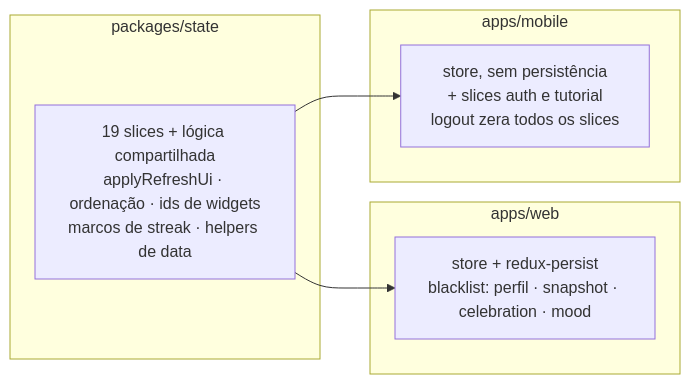
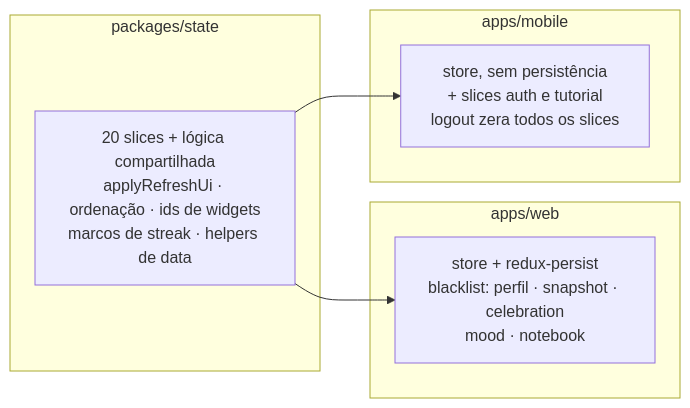
The first of 2 diagrams in architecture/redux-data/pt.md (AndDev741/Beyou-arch-design), drawn with Mermaid before and after one commit. The commit also changed other lines of this file and 39 other files, not shown here.

````diff
--- a/architecture/redux-data/pt.md
+++ b/architecture/redux-data/pt.md
@@ -12,17 +12,17 @@
 ```mermaid
 flowchart LR
   subgraph pkg["packages/state"]
-    SLICES["19 slices + lógica compartilhada<br/>applyRefreshUi · ordenação · ids de widgets<br/>marcos de streak · helpers de data"]
+    SLICES["20 slices + lógica compartilhada<br/>applyRefreshUi · ordenação · ids de widgets<br/>marcos de streak · helpers de data"]
   end
 
   subgraph web["apps/web"]
-    WSTORE["store + redux-persist<br/>blacklist: perfil · snapshot · celebration · mood"]
+    WSTORE["store + redux-persist<br/>blacklist: perfil · snapshot · celebration<br/>mood · notebook"]
   end
 
   subgraph mobile["apps/mobile"]
     MSTORE["store, sem persistência<br/>+ slices auth e tutorial<br/>logout zera todos os slices"]
   end
 
   SLICES --> WSTORE
   SLICES --> MSTORE
 ```
````
